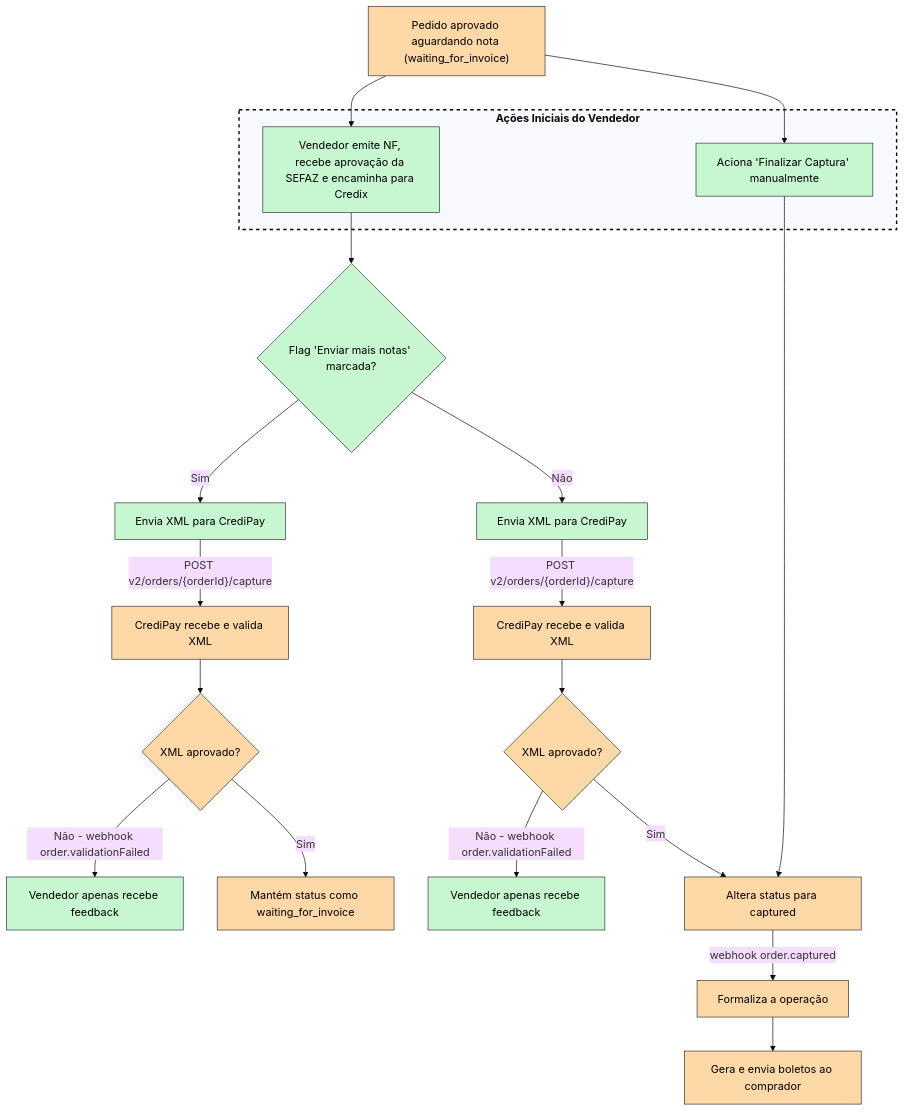
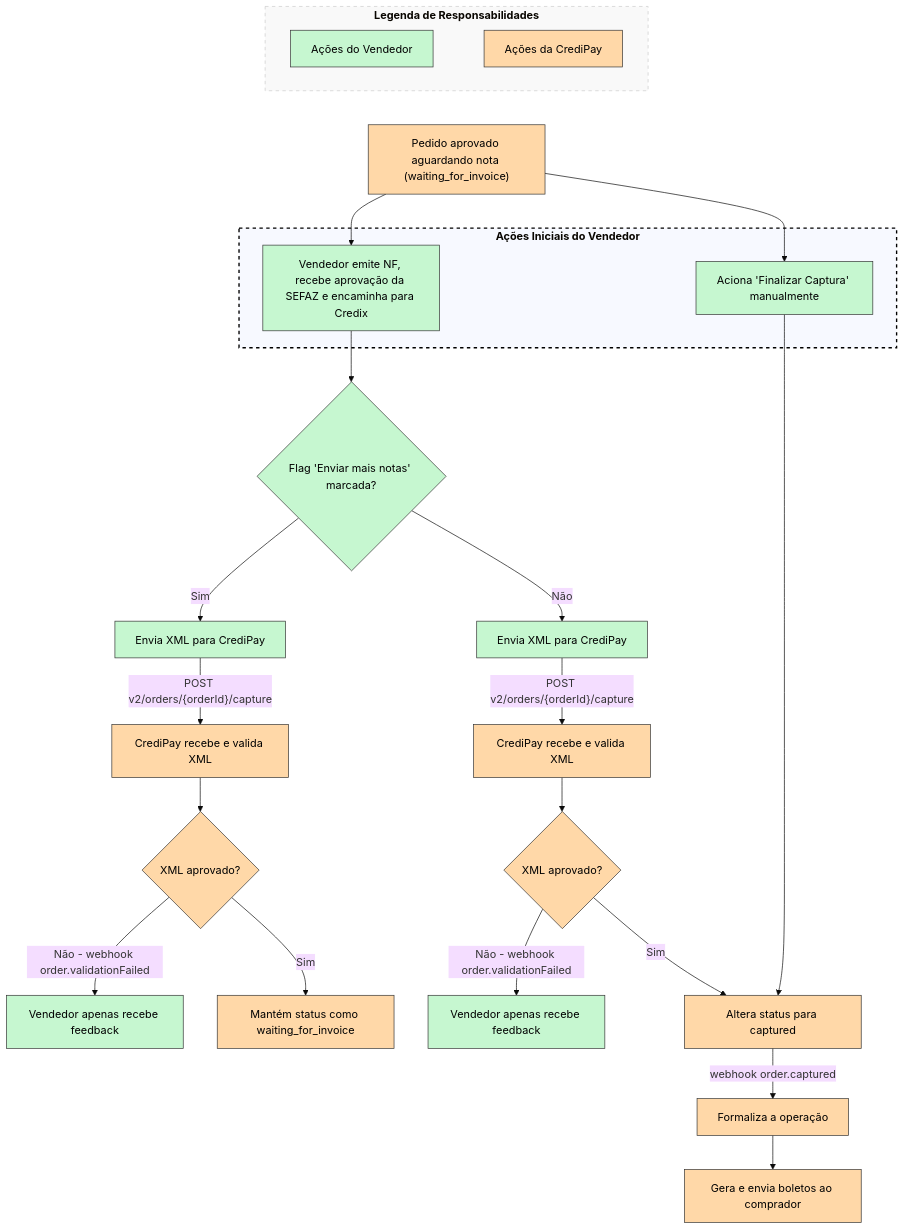
One commit to credix-finance/credipay-rdme-docs changed the diagram in docs/INTEGRAÇÃO COMPLETA/módulos-de-integração-1/adicional-múltiplas-notas-fiscais-por-pedido.md. Above: the diagram before and after it, drawn with Mermaid (base theme).

Commit message:
Update doc `adicional-múltiplas-notas-fiscais-por-pedido`

````diff
--- a/docs/INTEGRAÇÃO COMPLETA/módulos-de-integração-1/adicional-múltiplas-notas-fiscais-por-pedido.md
+++ b/docs/INTEGRAÇÃO COMPLETA/módulos-de-integração-1/adicional-múltiplas-notas-fiscais-por-pedido.md
@@ -10,59 +10,75 @@
 ```mermaid
 flowchart TD
+    %% Bloco de Legenda
+    subgraph Legenda ["<b>Legenda de Responsabilidades</b>"]
+        direction LR
+        L1["Ações do Vendedor"]:::vendedor ~~~ L2["Ações da CrediPay"]:::credipay
+    end
+
+    %% Invisível para forçar a legenda a ficar no topo sem cruzar linhas
+    Legenda ~~~ n1
+
+    %% Início do Fluxo
     n1["Pedido aprovado aguardando nota (waiting_for_invoice)"]
 
     subgraph s1["<b>Ações Iniciais do Vendedor</b>"]
         n2["Vendedor emite NF, recebe aprovação da SEFAZ e encaminha para Credix"]
         n10["Aciona 'Finalizar Captura' manualmente"]
     end
 
     n1 --> n2
     n1 --> n10
 
     %% Validação da Flag
     n2 --> n7{"Flag 'Enviar mais notas' marcada?"}
 
     %% Caminho SIM: Mantém em waiting_for_invoice
     n7 -- "Sim" --> n3a["Envia XML para CrediPay"]
     n3a -- POST v2/orders/{orderId}/capture --> n4a["CrediPay recebe e valida XML"]
     n4a --> n5a{"XML aprovado?"}
     n5a -- "Não - webhook order.validationFailed" --> n6a["Vendedor apenas recebe feedback"]
     n5a -- "Sim" --> n8["Mantém status como waiting_for_invoice"]
     
     %% Caminho NÃO: Segue para finalização
     n7 -- "Não" --> n3b["Envia XML para CrediPay"]
     n3b -- POST v2/orders/{orderId}/capture --> n4b["CrediPay recebe e valida XML"]
     n4b --> n5b{"XML aprovado?"}
     n5b -- "Não - webhook order.validationFailed" --> n6b["Vendedor apenas recebe feedback"]
     n5b -- "Sim" --> n11["Altera status para captured"]
 
     %% Caminho do Botão Manual (vai direto pro final pelo canto)
     n10 --> n11
 
     %% Conclusão do Pedido
     n11 -- "webhook order.captured" --> n12["Formaliza a operação"]
     n12 --> n13["Gera e envia boletos ao comprador"]
 
     %% Estilização e Cores
     n1:::credipay
     n2:::vendedor
     n10:::vendedor
     n7:::vendedor
     n3a:::vendedor
     n4a:::credipay
     n5a:::credipay
     n8:::credipay
     n3b:::vendedor
     n4b:::credipay
     n5b:::credipay
     n6a:::vendedor
     n6b:::vendedor
     n11:::credipay
     n12:::credipay
     n13:::credipay
+    
+    %% Aplicando as cores da legenda
+    L1:::vendedor
+    L2:::credipay
 
     classDef vendedor fill:#C6F7D0,stroke:#333,stroke-width:1px,color:#000;
     classDef comprador fill:#C6F7D0,stroke:#333,stroke-width:1px,color:#000;
     classDef credipay fill:#FFD8A8,stroke:#333,stroke-width:1px,color:#000;
+    
+    style Legenda fill:#f9f9f9,stroke:#ccc,stroke-width:1px,stroke-dasharray: 5 5
     style s1 stroke:#000000,stroke-width:2px,stroke-dasharray: 5 5
 ```
````
